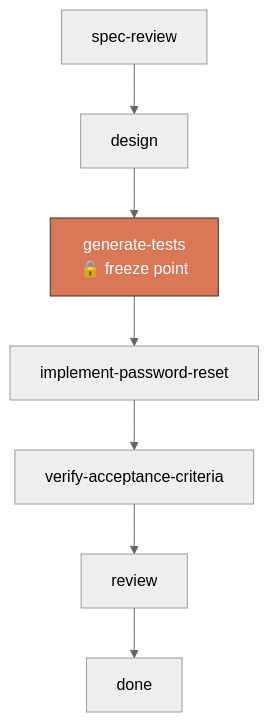
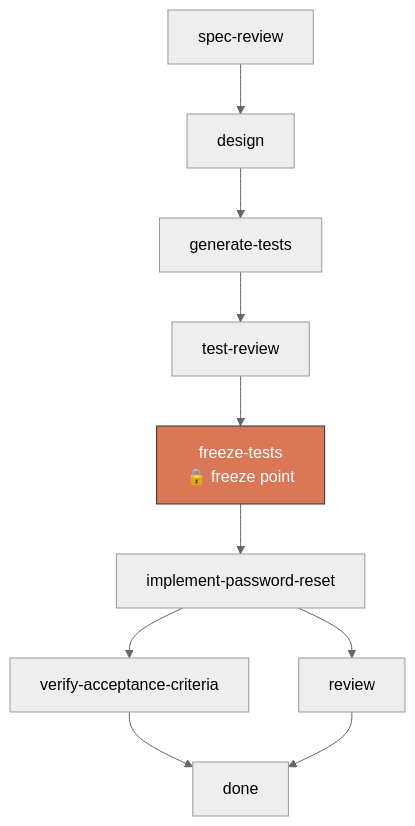
Before and after one commit to wittawat16/kestra: the second of 2 diagrams in workflow/kestra-build/README.md, drawn with Mermaid (neutral theme). The commit also changed other lines of this file and 9 other files, not shown here.

````diff
--- a/workflow/kestra-build/README.md
+++ b/workflow/kestra-build/README.md
@@ -75,12 +87,15 @@
 ```mermaid
 flowchart TD
     A[spec-review] --> B[design]
-    B --> C["generate-tests<br/>🔒 freeze point"]
-    C --> D[implement-password-reset]
+    B --> C[generate-tests]
+    C --> R[test-review]
+    R --> Z["freeze-tests<br/>🔒 freeze point"]
+    Z --> D[implement-password-reset]
     D --> E[verify-acceptance-criteria]
-    E --> F[review]
-    F --> G[done]
+    D --> F[review]
+    E --> G[done]
+    F --> G
 
     classDef freeze fill:#d97757,color:#fff,stroke:#333,stroke-width:1px
-    class C freeze
+    class Z freeze
 ```
````
